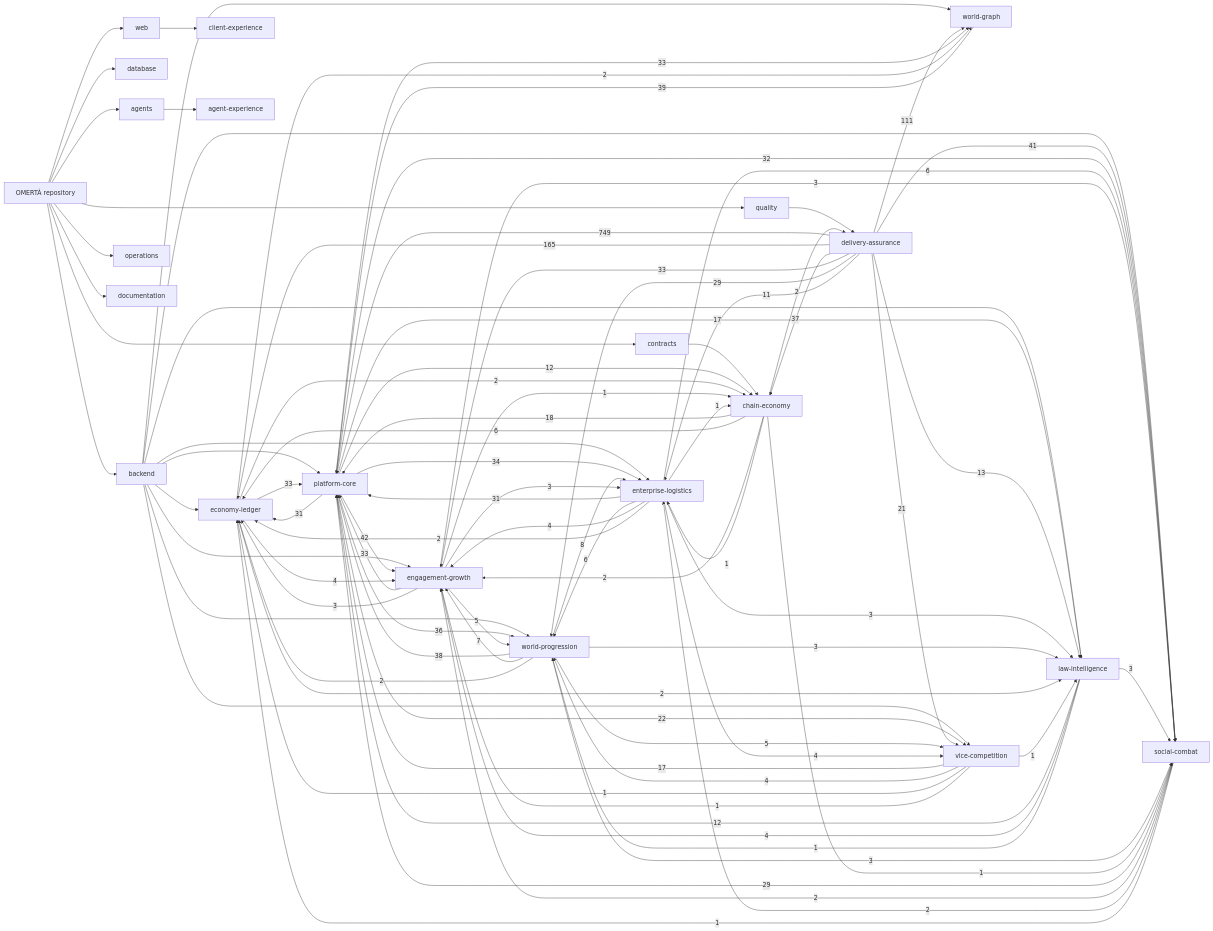
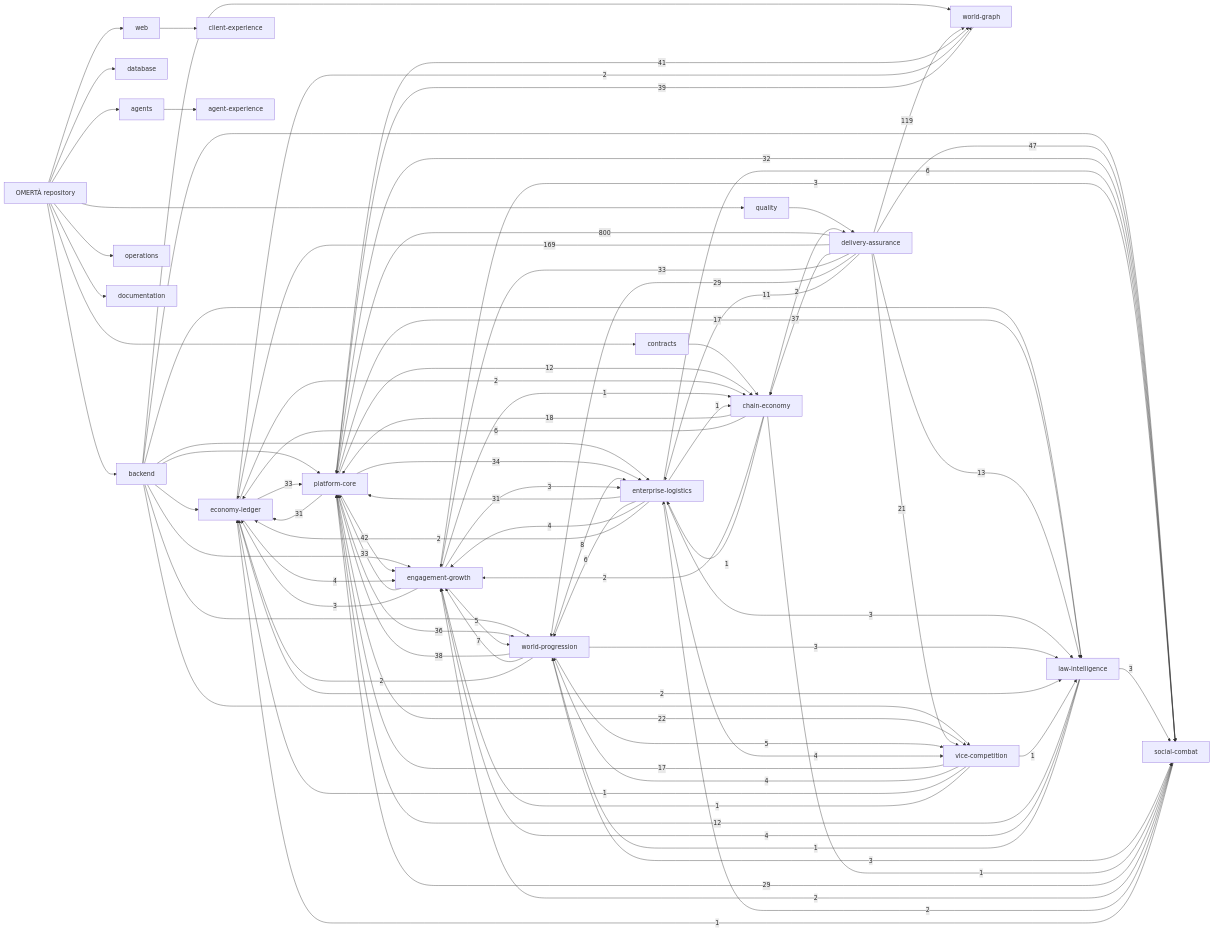
Before and after one commit to OmertaDev/Omerta: the diagram in knowledge/generated/graph.mmd, drawn with Mermaid. The commit also changed 8 other files, not shown here.

```diff
--- a/knowledge/generated/graph.mmd
+++ b/knowledge/generated/graph.mmd
@@ -1,109 +1,109 @@
 flowchart LR
   repo["OMERTÀ repository"]
   sub_backend["backend"]
   repo --> sub_backend
   sub_database["database"]
   repo --> sub_database
   sub_web["web"]
   repo --> sub_web
   sub_contracts["contracts"]
   repo --> sub_contracts
   sub_agents["agents"]
   repo --> sub_agents
   sub_quality["quality"]
   repo --> sub_quality
   sub_operations["operations"]
   repo --> sub_operations
   sub_documentation["documentation"]
   repo --> sub_documentation
   dom_platform-core["platform-core"]
   dom_economy-ledger["economy-ledger"]
   dom_social-combat["social-combat"]
   dom_world-progression["world-progression"]
   dom_world-graph["world-graph"]
   dom_enterprise-logistics["enterprise-logistics"]
   dom_vice-competition["vice-competition"]
   dom_law-intelligence["law-intelligence"]
   dom_chain-economy["chain-economy"]
   dom_engagement-growth["engagement-growth"]
   dom_client-experience["client-experience"]
   dom_agent-experience["agent-experience"]
   dom_delivery-assurance["delivery-assurance"]
   sub_agents --> dom_agent-experience
   sub_backend --> dom_economy-ledger
   sub_backend --> dom_engagement-growth
   sub_backend --> dom_enterprise-logistics
   sub_backend --> dom_law-intelligence
   sub_backend --> dom_platform-core
   sub_backend --> dom_social-combat
   sub_backend --> dom_vice-competition
   sub_backend --> dom_world-graph
   sub_backend --> dom_world-progression
   sub_contracts --> dom_chain-economy
   sub_quality --> dom_delivery-assurance
   sub_web --> dom_client-experience
-  dom_delivery-assurance -->|749| dom_platform-core
-  dom_delivery-assurance -->|165| dom_economy-ledger
-  dom_delivery-assurance -->|111| dom_world-graph
+  dom_delivery-assurance -->|800| dom_platform-core
+  dom_delivery-assurance -->|169| dom_economy-ledger
+  dom_delivery-assurance -->|119| dom_world-graph
+  dom_delivery-assurance -->|47| dom_social-combat
   dom_platform-core -->|42| dom_engagement-growth
-  dom_delivery-assurance -->|41| dom_social-combat
+  dom_platform-core -->|41| dom_world-graph
   dom_world-graph -->|39| dom_platform-core
   dom_world-progression -->|38| dom_platform-core
   dom_delivery-assurance -->|37| dom_chain-economy
   dom_platform-core -->|36| dom_world-progression
   dom_platform-core -->|34| dom_enterprise-logistics
   dom_delivery-assurance -->|33| dom_engagement-growth
   dom_economy-ledger -->|33| dom_platform-core
   dom_engagement-growth -->|33| dom_platform-core
-  dom_platform-core -->|33| dom_world-graph
   dom_platform-core -->|32| dom_social-combat
   dom_enterprise-logistics -->|31| dom_platform-core
   dom_platform-core -->|31| dom_economy-ledger
   dom_delivery-assurance -->|29| dom_world-progression
   dom_social-combat -->|29| dom_platform-core
   dom_platform-core -->|22| dom_vice-competition
   dom_delivery-assurance -->|21| dom_vice-competition
   dom_chain-economy -->|18| dom_platform-core
   dom_platform-core -->|17| dom_law-intelligence
   dom_vice-competition -->|17| dom_platform-core
   dom_delivery-assurance -->|13| dom_law-intelligence
   dom_law-intelligence -->|12| dom_platform-core
   dom_platform-core -->|12| dom_chain-economy
   dom_delivery-assurance -->|11| dom_enterprise-logistics
   dom_world-progression -->|8| dom_enterprise-logistics
   dom_world-progression -->|7| dom_engagement-growth
   dom_chain-economy -->|6| dom_economy-ledger
   dom_enterprise-logistics -->|6| dom_social-combat
   dom_enterprise-logistics -->|6| dom_world-progression
   dom_engagement-growth -->|5| dom_world-progression
   dom_world-progression -->|5| dom_vice-competition
   dom_economy-ledger -->|4| dom_engagement-growth
   dom_enterprise-logistics -->|4| dom_engagement-growth
   dom_enterprise-logistics -->|4| dom_vice-competition
   dom_law-intelligence -->|4| dom_engagement-growth
   dom_vice-competition -->|4| dom_world-progression
   dom_engagement-growth -->|3| dom_economy-ledger
   dom_engagement-growth -->|3| dom_enterprise-logistics
   dom_engagement-growth -->|3| dom_social-combat
   dom_enterprise-logistics -->|3| dom_law-intelligence
   dom_law-intelligence -->|3| dom_social-combat
   dom_world-progression -->|3| dom_law-intelligence
   dom_world-progression -->|3| dom_social-combat
   dom_chain-economy -->|2| dom_delivery-assurance
   dom_chain-economy -->|2| dom_engagement-growth
   dom_economy-ledger -->|2| dom_chain-economy
   dom_economy-ledger -->|2| dom_law-intelligence
   dom_economy-ledger -->|2| dom_world-graph
   dom_enterprise-logistics -->|2| dom_economy-ledger
   dom_social-combat -->|2| dom_engagement-growth
   dom_social-combat -->|2| dom_enterprise-logistics
   dom_world-progression -->|2| dom_economy-ledger
   dom_chain-economy -->|1| dom_enterprise-logistics
   dom_chain-economy -->|1| dom_social-combat
   dom_engagement-growth -->|1| dom_chain-economy
   dom_enterprise-logistics -->|1| dom_chain-economy
   dom_law-intelligence -->|1| dom_world-progression
   dom_social-combat -->|1| dom_economy-ledger
   dom_vice-competition -->|1| dom_economy-ledger
   dom_vice-competition -->|1| dom_engagement-growth
   dom_vice-competition -->|1| dom_law-intelligence
```
